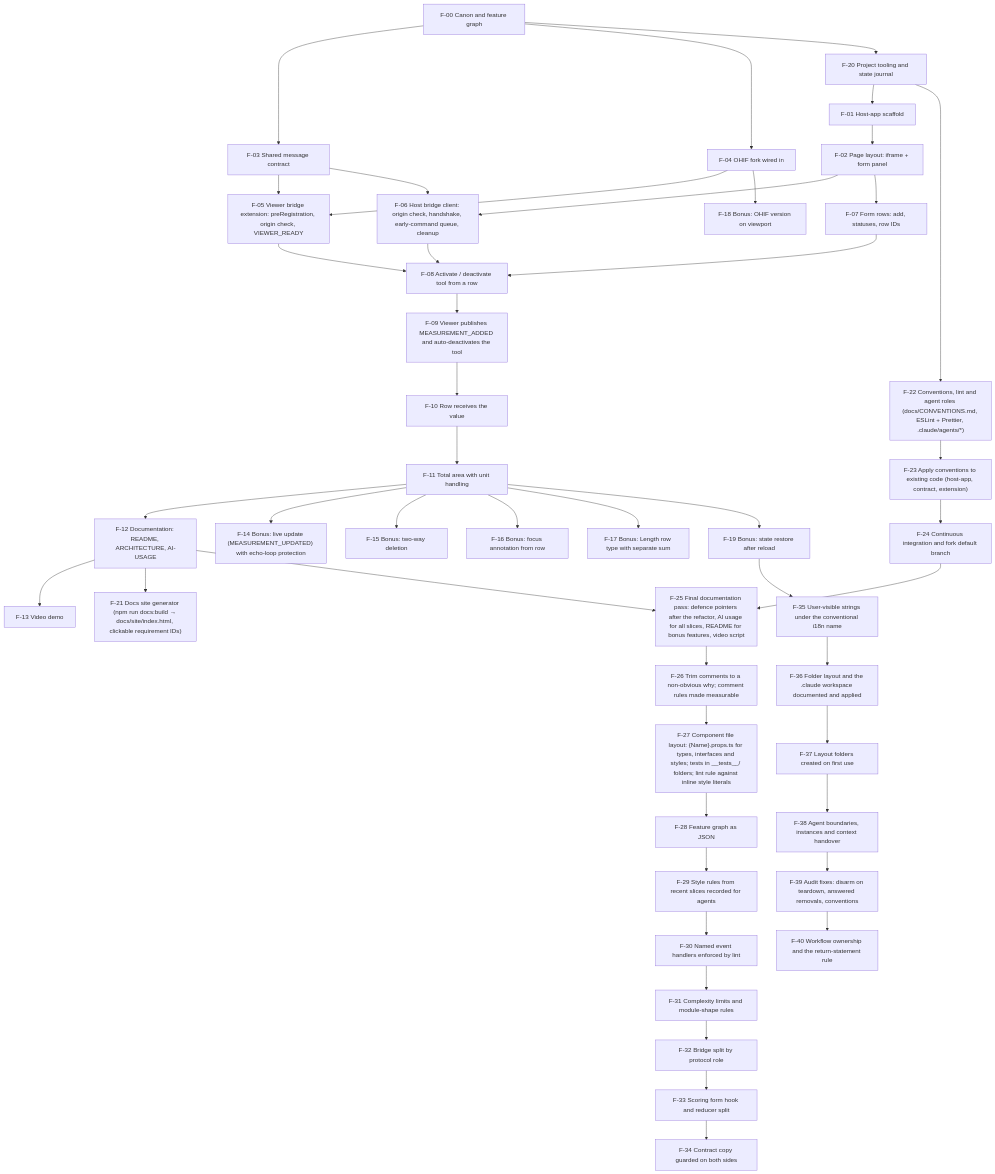
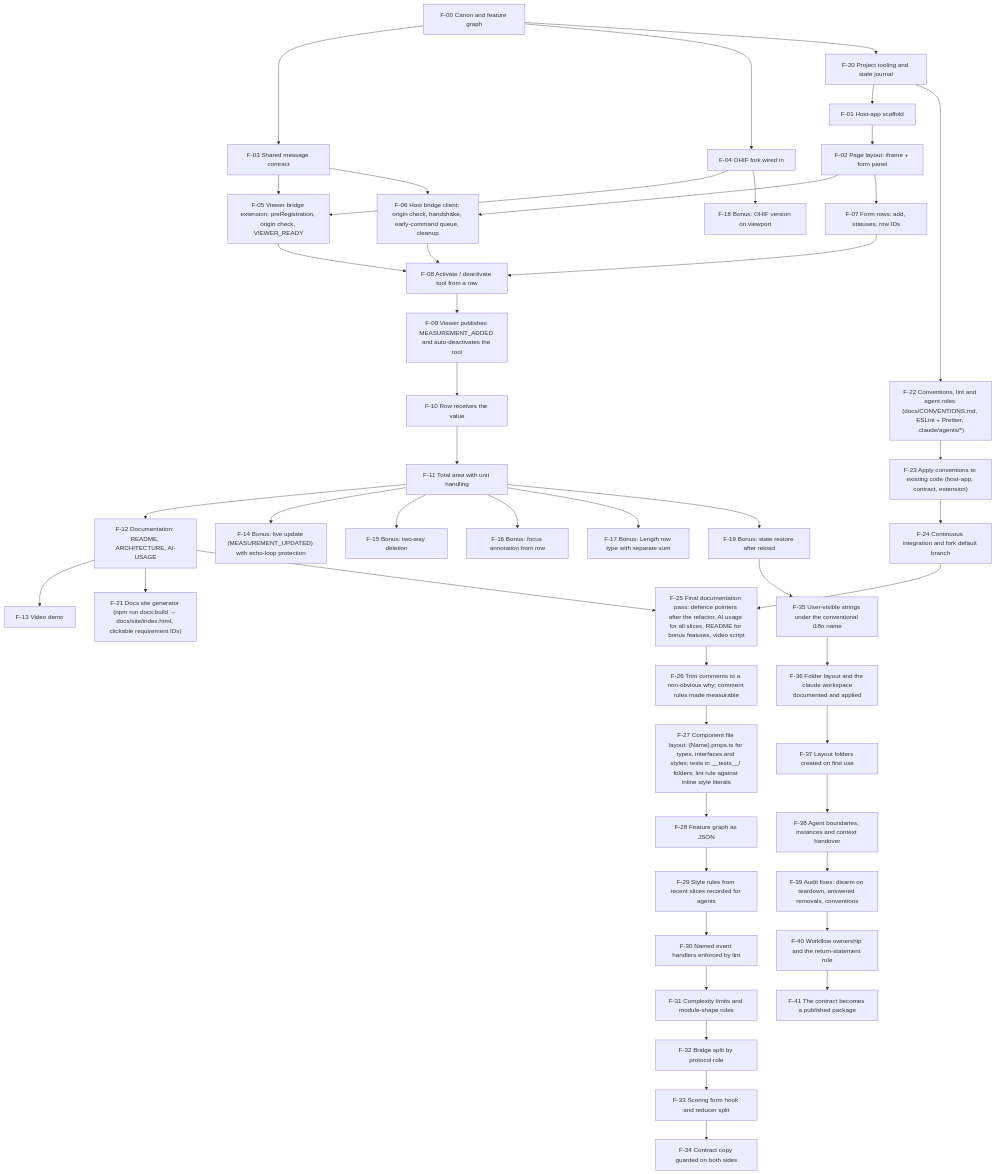
One commit to bdiadiun/artifact-synchronization changed the diagram in docs/FEATURE-GRAPH.md. Above: the diagram before and after it, drawn with Mermaid. The commit also changed other lines of this file and 46 other files, not shown here.

Commit message:
feat: publish the contract package

````diff
--- a/docs/FEATURE-GRAPH.md
+++ b/docs/FEATURE-GRAPH.md
@@ -138,6 +139,7 @@
   F38["F-38 Agent boundaries, instances and context handover"]
   F39["F-39 Audit fixes: disarm on teardown, answered removals, conventions"]
   F40["F-40 Workflow ownership and the return-statement rule"]
+  F41["F-41 The contract becomes a published package"]
 
   F20 --> F01
   F01 --> F02
@@ -184,4 +186,5 @@
   F37 --> F38
   F38 --> F39
   F39 --> F40
+  F40 --> F41
 ```
````
